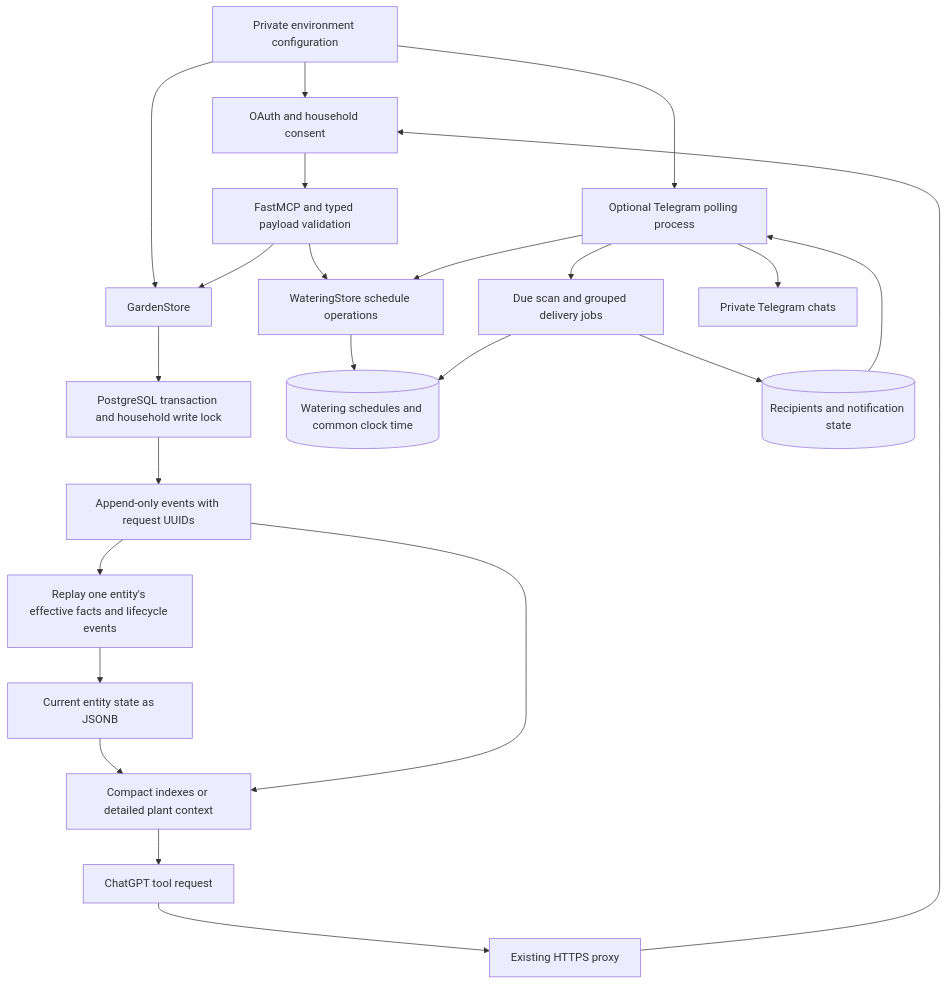
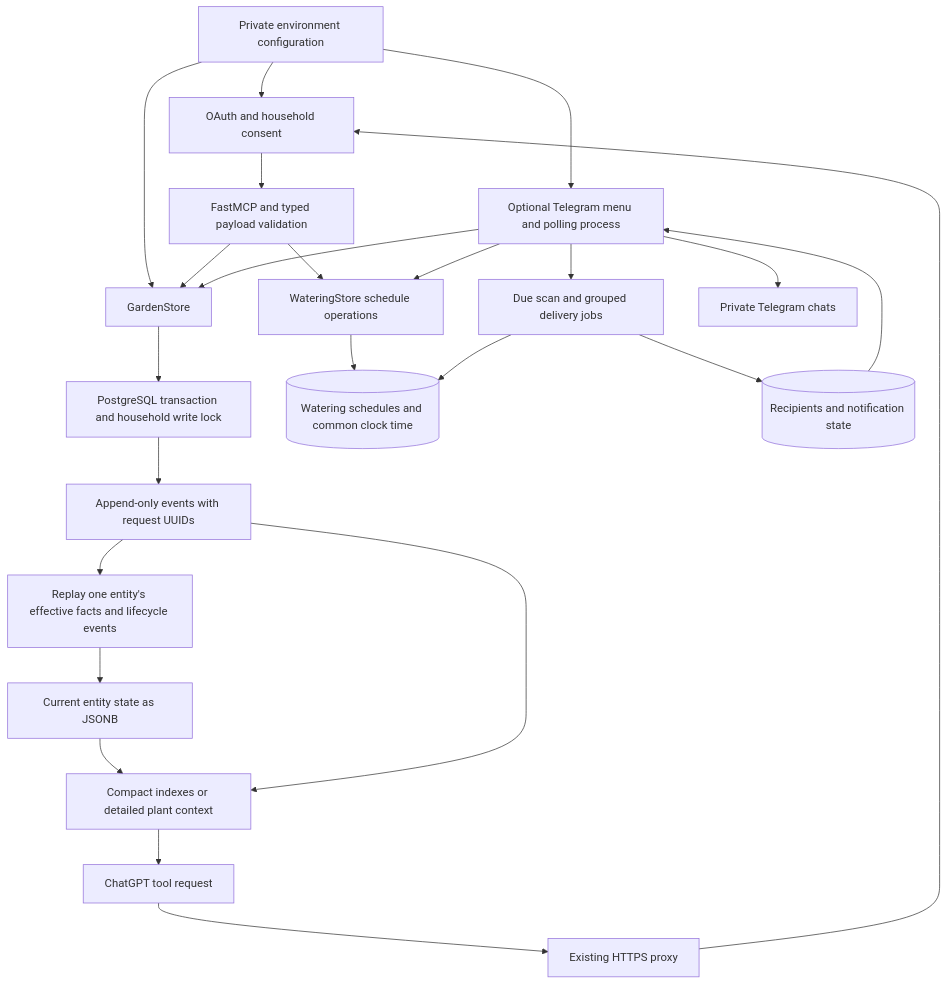
One commit to memesrized/her-garden changed the diagram in docs/state/system/data_flow.md. Above: the diagram before and after it, drawn with Mermaid. The commit also changed other lines of this file and 10 other files, not shown here.

Commit message:
feat(bot): add location pages and Telegram command menu

````diff
--- a/docs/state/system/data_flow.md
+++ b/docs/state/system/data_flow.md
@@ -3,25 +3,26 @@
 ```mermaid
 flowchart TD
     config["Private environment configuration"] --> auth["OAuth and household consent"]
     config --> store["GardenStore"]
-    config --> bot["Optional Telegram polling process"]
+    config --> bot["Optional Telegram menu and polling process"]
     chatgpt["ChatGPT tool request"] --> tls["Existing HTTPS proxy"]
     tls --> auth
     auth --> tools["FastMCP and typed payload validation"]
     tools --> store
+    bot --> store
     store --> transaction["PostgreSQL transaction and household write lock"]
     transaction --> events["Append-only events with request UUIDs"]
     events --> projection["Replay one entity's effective facts and lifecycle events"]
     projection --> state["Current entity state as JSONB"]
     state --> results["Compact indexes or detailed plant context"]
     events --> results
     results --> chatgpt
     tools --> plans["WateringStore schedule operations"]
     bot --> plans
     plans --> schedule[("Watering schedules and common clock time")]
     bot --> jobs["Due scan and grouped delivery jobs"]
     jobs --> schedule
     jobs --> delivery[("Recipients and notification state")]
     delivery --> bot
     bot --> telegram["Private Telegram chats"]
 ```
````
